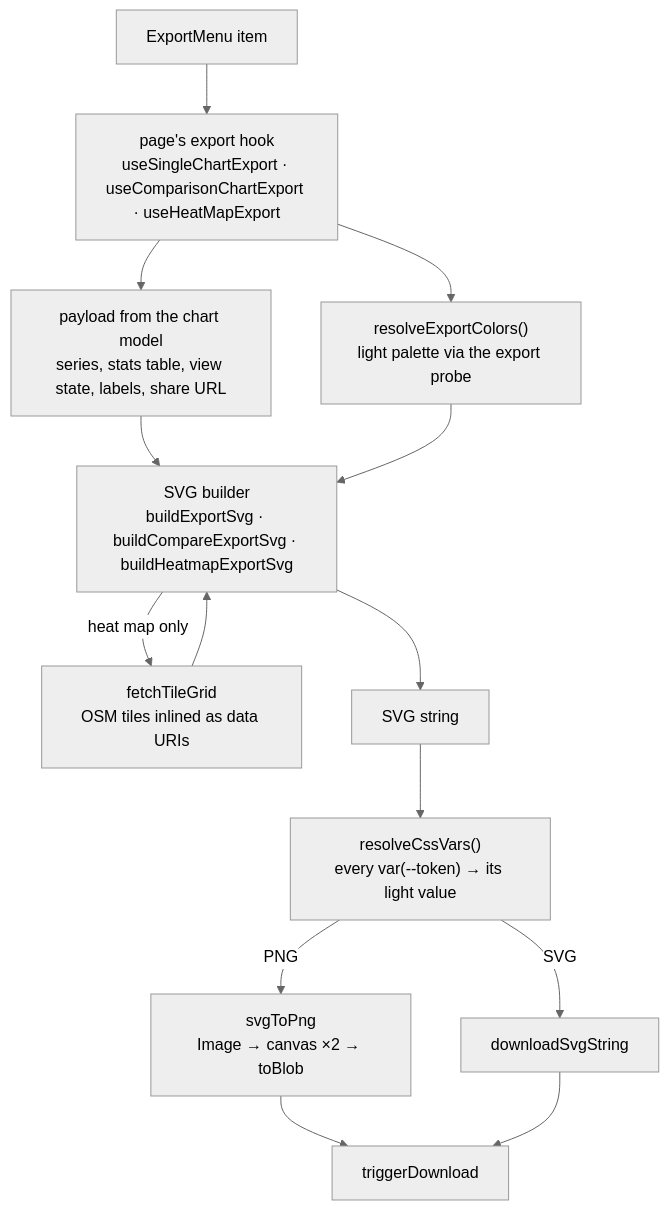
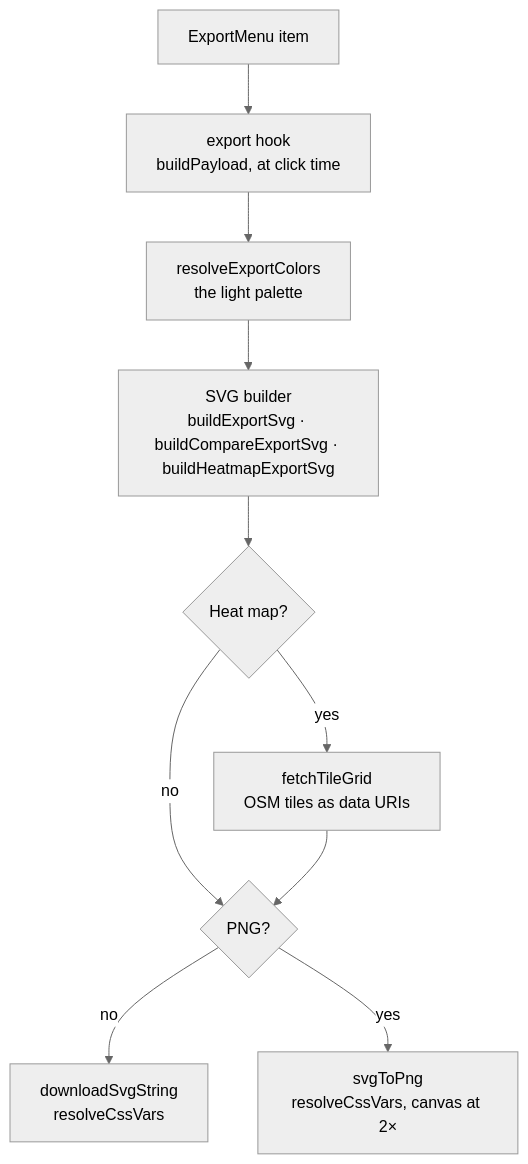
One commit to ClimaticaHQ/climatica-nextjs changed the diagram in docs/export.md. Above: the diagram before and after it, drawn with Mermaid (neutral theme). The commit also changed other lines of this file and 16 other files, not shown here.

Commit message:
feat(docs): update app docs with mermaids schematic diagrams

````diff
--- a/docs/export.md
+++ b/docs/export.md
@@ -27,16 +21,12 @@
 ```mermaid
 flowchart TD
-  click["ExportMenu item"] --> hook["page's export hook<br/>useSingleChartExport · useComparisonChartExport · useHeatMapExport"]
-  hook --> payload["payload from the chart model<br/>series, stats table, view state, labels, share URL"]
-  hook --> colors["resolveExportColors()<br/>light palette via the export probe"]
-  payload --> builder["SVG builder<br/>buildExportSvg · buildCompareExportSvg · buildHeatmapExportSvg"]
-  colors --> builder
-  builder -->|heat map only| tiles["fetchTileGrid<br/>OSM tiles inlined as data URIs"]
-  tiles --> builder
-  builder --> svg["SVG string"]
-  svg --> resolve["resolveCssVars()<br/>every var(--token) → its light value"]
-  resolve -->|SVG| download["downloadSvgString"]
-  resolve -->|PNG| png["svgToPng<br/>Image → canvas ×2 → toBlob"]
-  png --> file["triggerDownload"]
-  download --> file
+  click["ExportMenu item"] --> payload["export hook<br/>buildPayload, at click time"]
+  payload --> colors["resolveExportColors<br/>the light palette"]
+  colors --> builder["SVG builder<br/>buildExportSvg · buildCompareExportSvg · buildHeatmapExportSvg"]
+  builder --> map{"Heat map?"}
+  map -- yes --> tiles["fetchTileGrid<br/>OSM tiles as data URIs"]
+  map -- no --> format{"PNG?"}
+  tiles --> format
+  format -- no --> svg["downloadSvgString<br/>resolveCssVars"]
+  format -- yes --> png["svgToPng<br/>resolveCssVars, canvas at 2×"]
 ```
````
